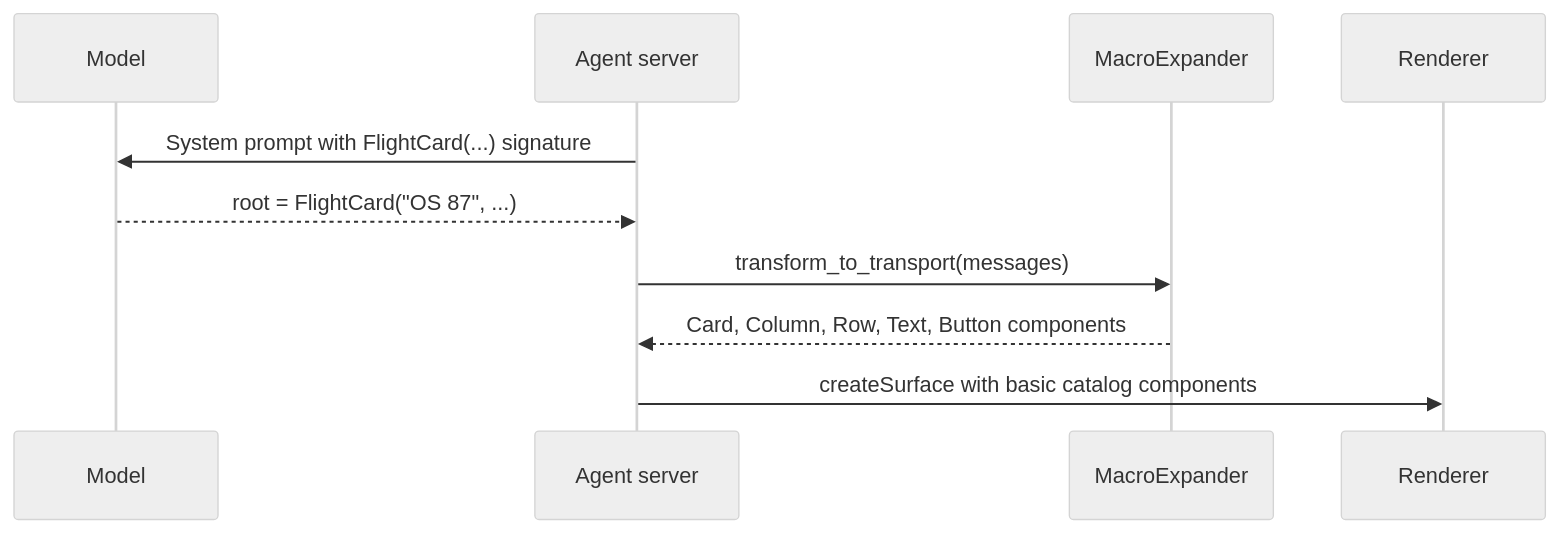
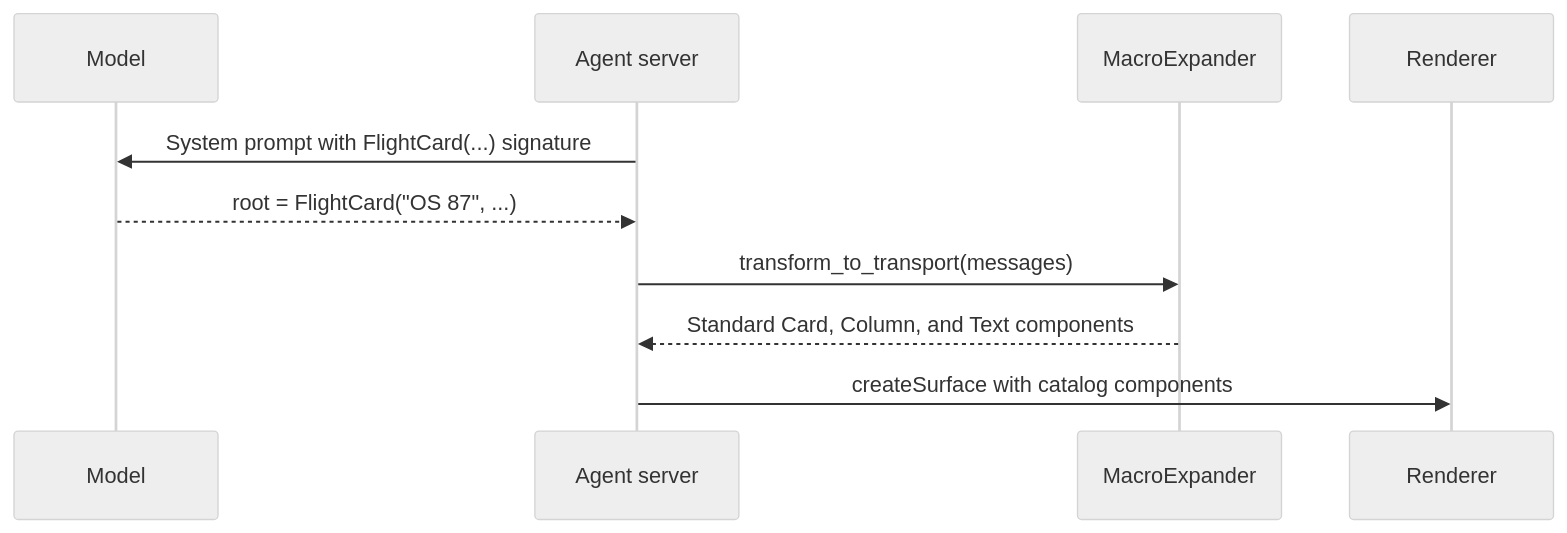
One commit to a2ui-project/a2ui changed the diagram in docs/site/src/content/docs/concepts/macros.mdx. Above: the diagram before and after it, drawn with Mermaid (neutral theme). The commit also changed other lines of this file, not shown here.

````diff
--- a/docs/site/src/content/docs/concepts/macros.mdx
+++ b/docs/site/src/content/docs/concepts/macros.mdx
@@ -27,12 +31,12 @@
 ```mermaid
 sequenceDiagram
     participant Model
     participant Agent as Agent server
     participant Expander as MacroExpander
     participant Renderer
     Agent->>Model: System prompt with FlightCard(...) signature
     Model-->>Agent: root = FlightCard("OS 87", ...)
     Agent->>Expander: transform_to_transport(messages)
-    Expander-->>Agent: Card, Column, Row, Text, Button components
-    Agent->>Renderer: createSurface with basic catalog components
+    Expander-->>Agent: Standard Card, Column, and Text components
+    Agent->>Renderer: createSurface with catalog components
 ```
````
